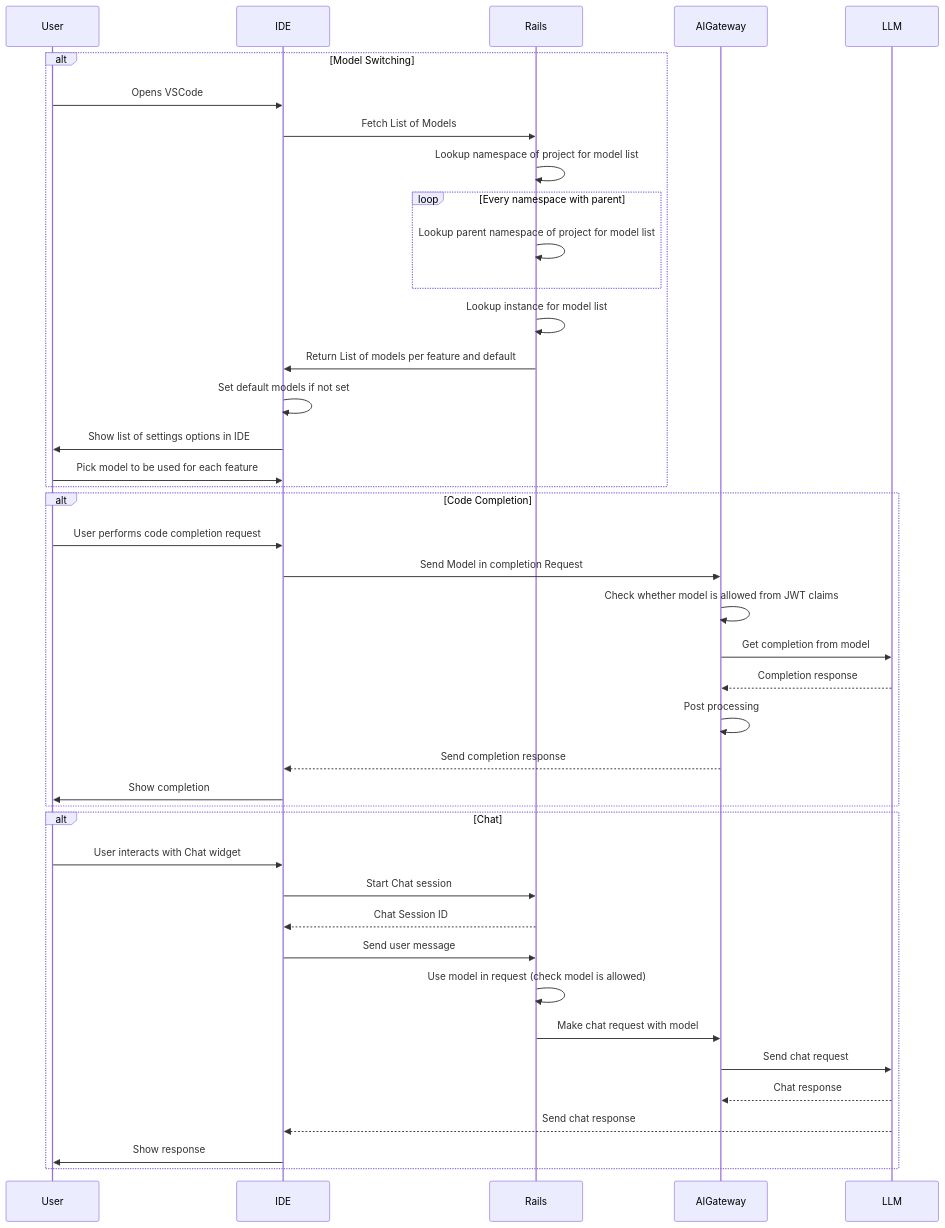
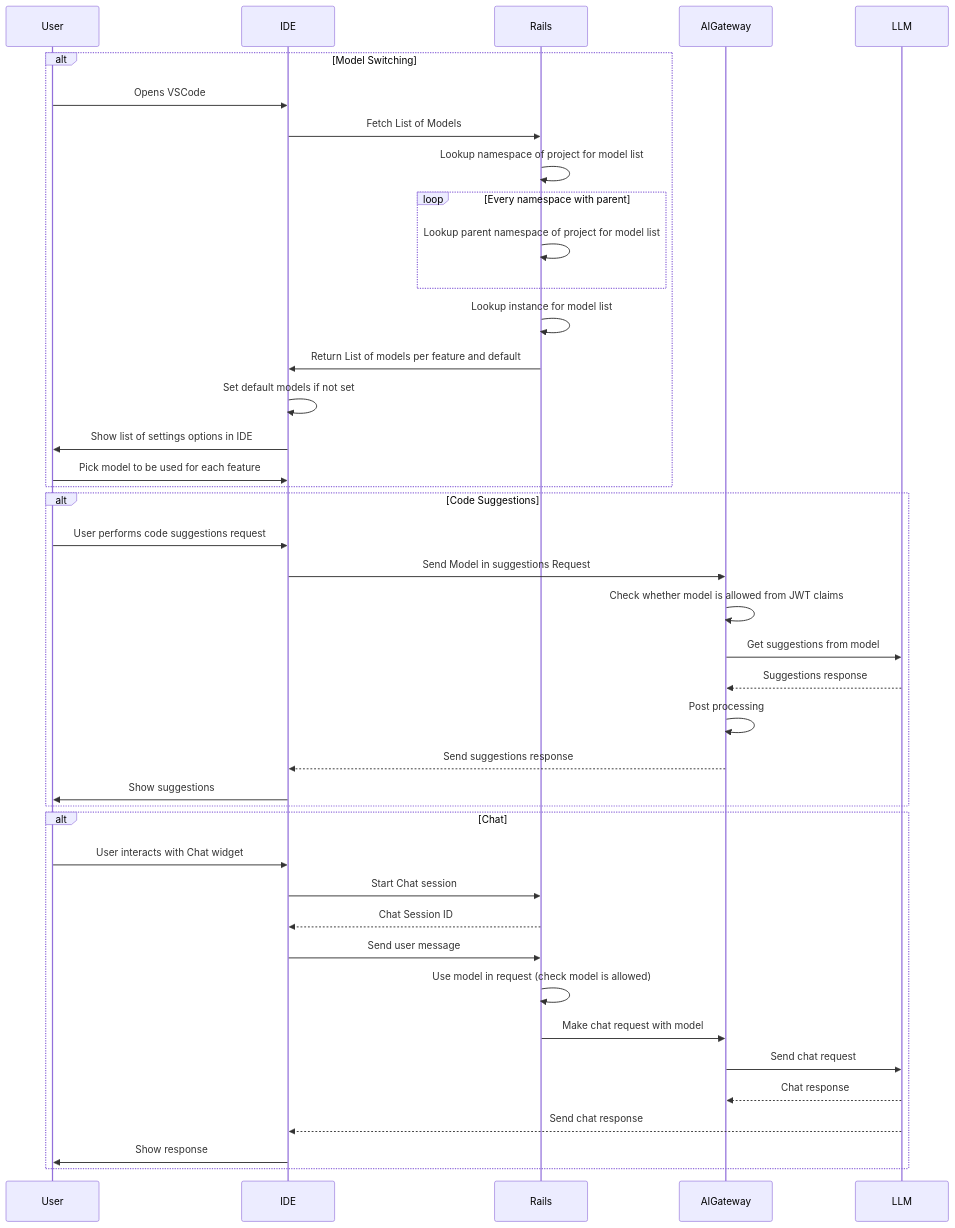
Before and after one commit to zalyoung/gitlab-handbook: the second of 3 diagrams in content/handbook/engineering/architecture/design-documents/ai_model_selection/_index.md, drawn with Mermaid. The commit also changed other lines of this file, not shown here.

Commit message:
Updated code completion to code suggestions. Added model sync for self managed

````diff
--- a/content/handbook/engineering/architecture/design-documents/ai_model_selection/_index.md
+++ b/content/handbook/engineering/architecture/design-documents/ai_model_selection/_index.md
@@ -228,38 +229,38 @@
 ```mermaid
 sequenceDiagram
     alt Model Switching
         User->>IDE: Opens VSCode
         IDE->>Rails: Fetch List of Models
         Rails->>Rails: Lookup namespace of project for model list
         loop Every namespace with parent
             Rails->>Rails: Lookup parent namespace of project for model list
         end
         Rails->>Rails: Lookup instance for model list
         Rails->>IDE: Return List of models per feature and default
         IDE->>IDE: Set default models if not set
         IDE->>User: Show list of settings options in IDE
         User->>IDE: Pick model to be used for each feature
     end
-    alt Code Completion
-        User->>IDE: User performs code completion request
-        IDE->>AIGateway: Send Model in completion Request
+    alt Code Suggestions
+        User->>IDE: User performs code suggestions request
+        IDE->>AIGateway: Send Model in suggestions Request
         AIGateway->>AIGateway: Check whether model is allowed from JWT claims
-        AIGateway->>LLM: Get completion from model
-        LLM-->>AIGateway: Completion response
+        AIGateway->>LLM: Get suggestions from model
+        LLM-->>AIGateway: Suggestions response
         AIGateway->>AIGateway: Post processing
-        AIGateway-->>IDE: Send completion response
-        IDE->>User: Show completion
+        AIGateway-->>IDE: Send suggestions response
+        IDE->>User: Show suggestions
     end
     alt Chat
         User->>IDE: User interacts with Chat widget
         IDE->>Rails: Start Chat session
         Rails-->>IDE: Chat Session ID
         IDE->>Rails: Send user message
         Rails->>Rails: Use model in request (check model is allowed)
         Rails->>AIGateway: Make chat request with model
         AIGateway->>LLM: Send chat request
         LLM-->>AIGateway: Chat response
         LLM-->>IDE: Send chat response
         IDE->>User: Show response
     end
 ```
````
